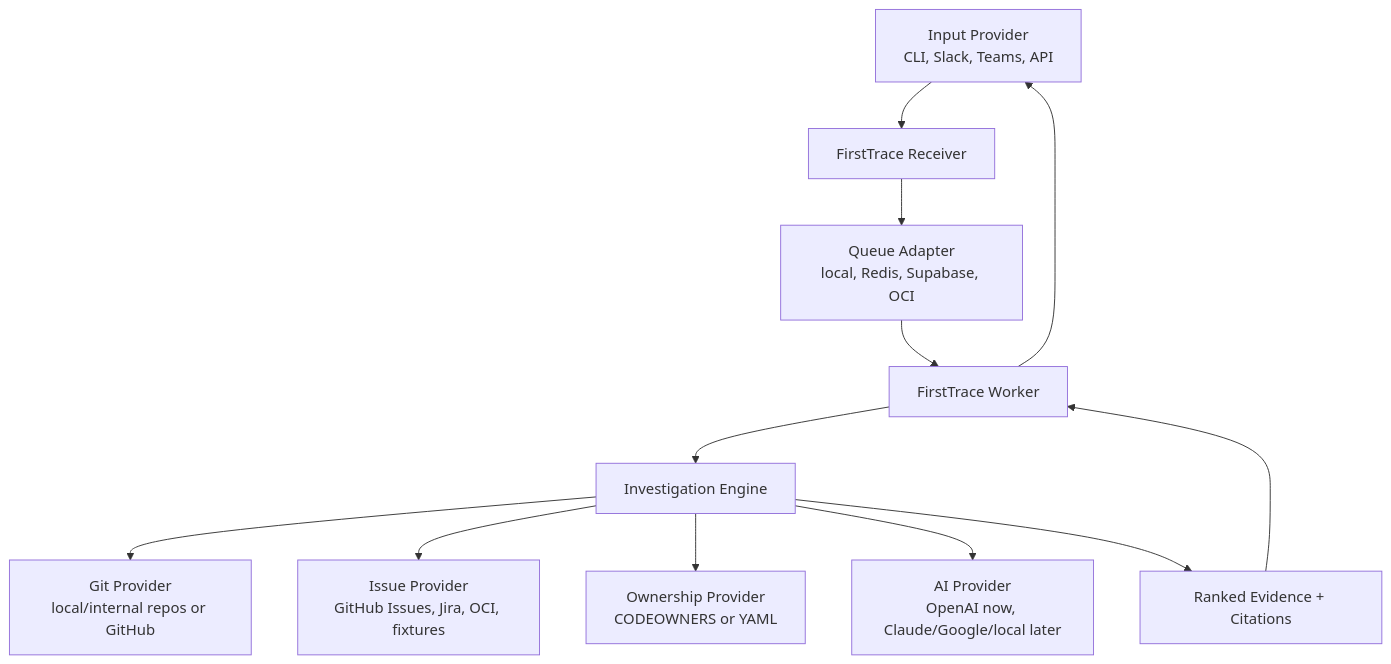
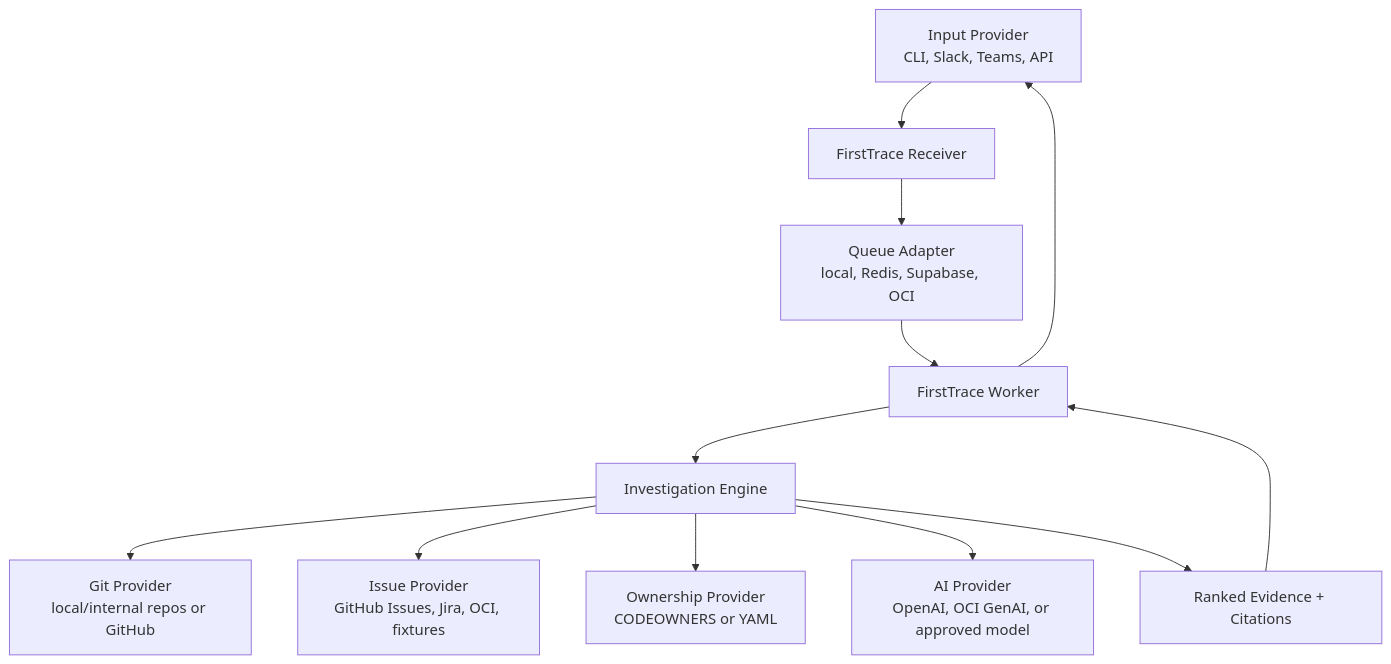
Before and after one commit to temaus91/firsttrace: the diagram in README.md, drawn with Mermaid. The commit also changed other lines of this file and 25 other files, not shown here.

Commit message:
Add OCI GenAI provider

````diff
--- a/README.md
+++ b/README.md
@@ -71,16 +71,16 @@
 ```mermaid
 flowchart TD
   Chat["Input Provider<br/>CLI, Slack, Teams, API"] --> Receiver["FirstTrace Receiver"]
   Receiver --> Queue["Queue Adapter<br/>local, Redis, Supabase, OCI"]
   Queue --> Worker["FirstTrace Worker"]
 
   Worker --> Agent["Investigation Engine"]
   Agent --> Git["Git Provider<br/>local/internal repos or GitHub"]
   Agent --> Issues["Issue Provider<br/>GitHub Issues, Jira, OCI, fixtures"]
   Agent --> Owners["Ownership Provider<br/>CODEOWNERS or YAML"]
-  Agent --> AI["AI Provider<br/>OpenAI now, Claude/Google/local later"]
+  Agent --> AI["AI Provider<br/>OpenAI, OCI GenAI, or approved model"]
 
   Agent --> Evidence["Ranked Evidence + Citations"]
   Evidence --> Worker
   Worker --> Chat
 ```
````
